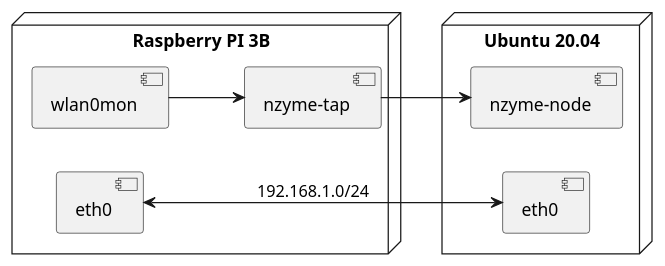
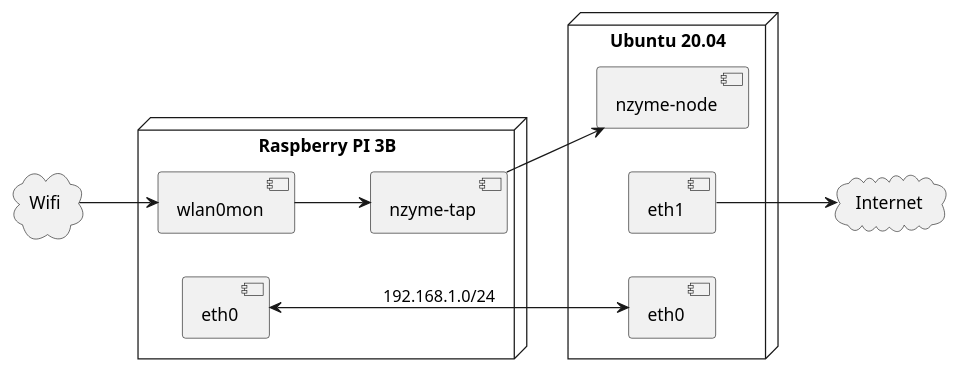
The diagram in resources/block_diagram.iuml (iagotomas/nzyme-docker-compose), drawn with PlantUML before and after one commit. The commit also changed 1 other file, not shown here.

```diff
--- a/resources/block_diagram.iuml
+++ b/resources/block_diagram.iuml
@@ -1,16 +1,24 @@
 @startuml
 left to right direction
+cloud "Wifi" as WIFI {
+
+}
 node "Raspberry PI 3B" as RPI {
     component "eth0" as RPIETH
     component "wlan0mon" as WIFIMON
     component "nzyme-tap" as TAP
 }
+cloud "Internet" as INTERNET {
 
+}
 node "Ubuntu 20.04" as UBUNTU {
     component "eth0" as UBUNTUETH
+    component "eth1" as ETH1
     component "nzyme-node" as NODE
 }
+WIFI --> WIFIMON
 WIFIMON --> TAP
 RPIETH <--> UBUNTUETH : 192.168.1.0/24
 TAP --> NODE
+ETH1 --> INTERNET
 @enduml
```
